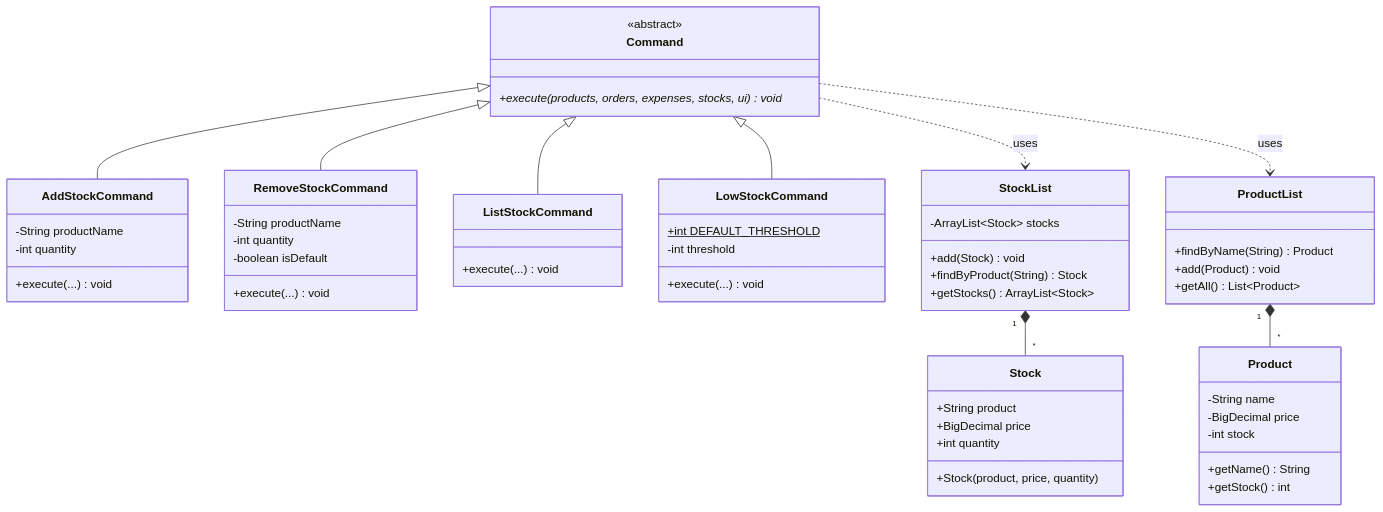
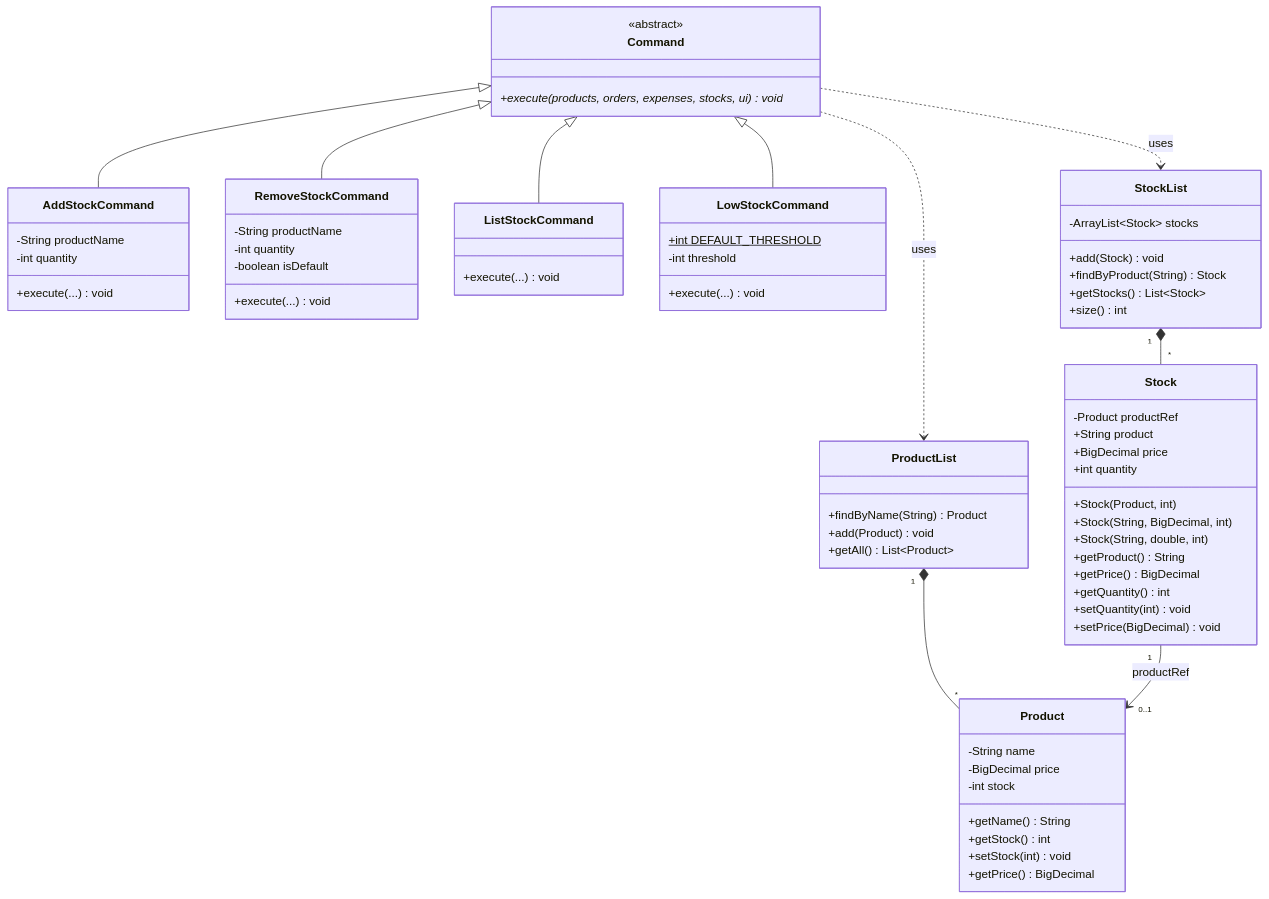
One commit to AY2627S1-CS2113-T11-1/tp changed the diagram in docs/diagrams/stock-class.mmd. Above: the diagram before and after it, drawn with Mermaid. The commit also changed other lines of this file and 2 other files, not shown here.

```diff
--- a/docs/diagrams/stock-class.mmd
+++ b/docs/diagrams/stock-class.mmd
@@ -1,70 +1,82 @@
 %%{init: {"theme": "default", "class": {"curve": "linear"}}}%%
 classDiagram
     direction TB
 
     class Command {
         <<abstract>>
         +execute(products, orders, expenses, stocks, ui)* void
     }
 
     class AddStockCommand {
         -String productName
         -int quantity
         +execute(...) void
     }
 
     class RemoveStockCommand {
         -String productName
         -int quantity
         -boolean isDefault
         +execute(...) void
     }
 
     class ListStockCommand {
         +execute(...) void
     }
 
     class LowStockCommand {
         +int DEFAULT_THRESHOLD$
         -int threshold
         +execute(...) void
     }
 
     class StockList {
         -ArrayList~Stock~ stocks
         +add(Stock) void
         +findByProduct(String) Stock
-        +getStocks() ArrayList~Stock~
+        +getStocks() List~Stock~
+        +size() int
     }
 
     class Stock {
+        -Product productRef
         +String product
         +BigDecimal price
         +int quantity
-        +Stock(product, price, quantity)
+        +Stock(Product, int)
+        +Stock(String, BigDecimal, int)
+        +Stock(String, double, int)
+        +getProduct() String
+        +getPrice() BigDecimal
+        +getQuantity() int
+        +setQuantity(int) void
+        +setPrice(BigDecimal) void
     }
 
     class ProductList {
         +findByName(String) Product
         +add(Product) void
         +getAll() List~Product~
     }
 
     class Product {
         -String name
         -BigDecimal price
         -int stock
         +getName() String
         +getStock() int
+        +setStock(int) void
+        +getPrice() BigDecimal
     }
 
     Command <|-- AddStockCommand
     Command <|-- RemoveStockCommand
     Command <|-- ListStockCommand
     Command <|-- LowStockCommand
 
     Command ..> StockList : uses
     Command ..> ProductList : uses
 
     StockList "1" *-- "*" Stock
     ProductList "1" *-- "*" Product
+    Stock "1" --> "0..1" Product : productRef
```
